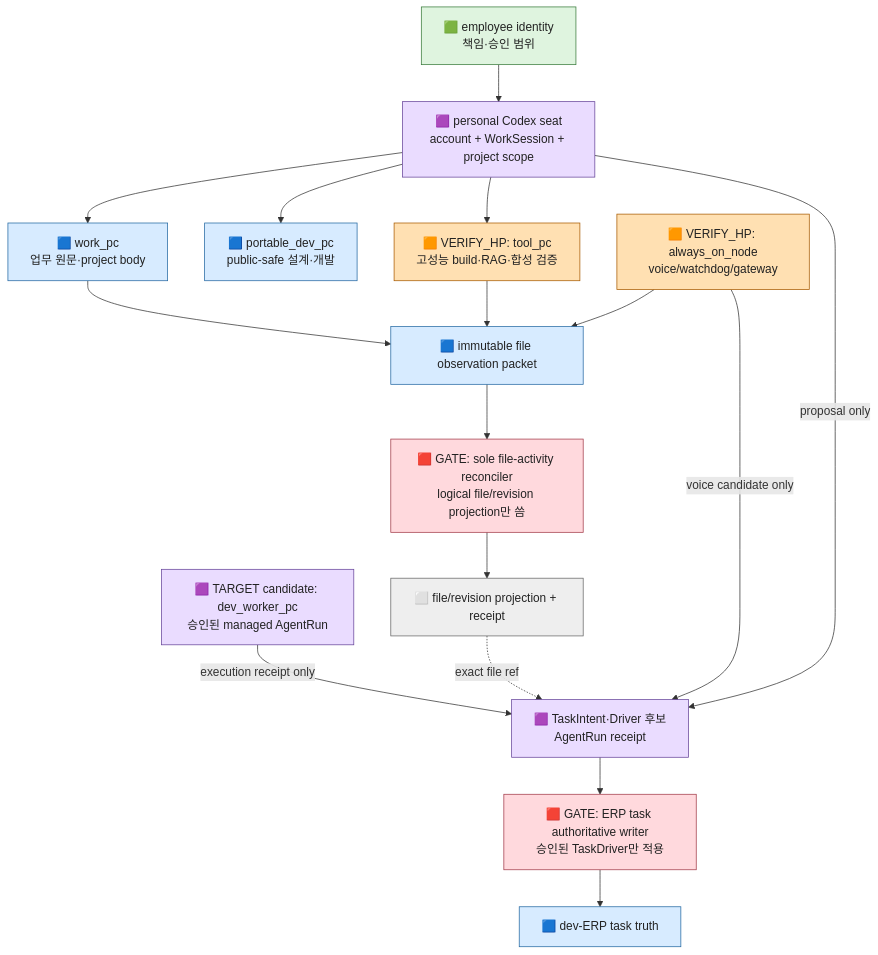
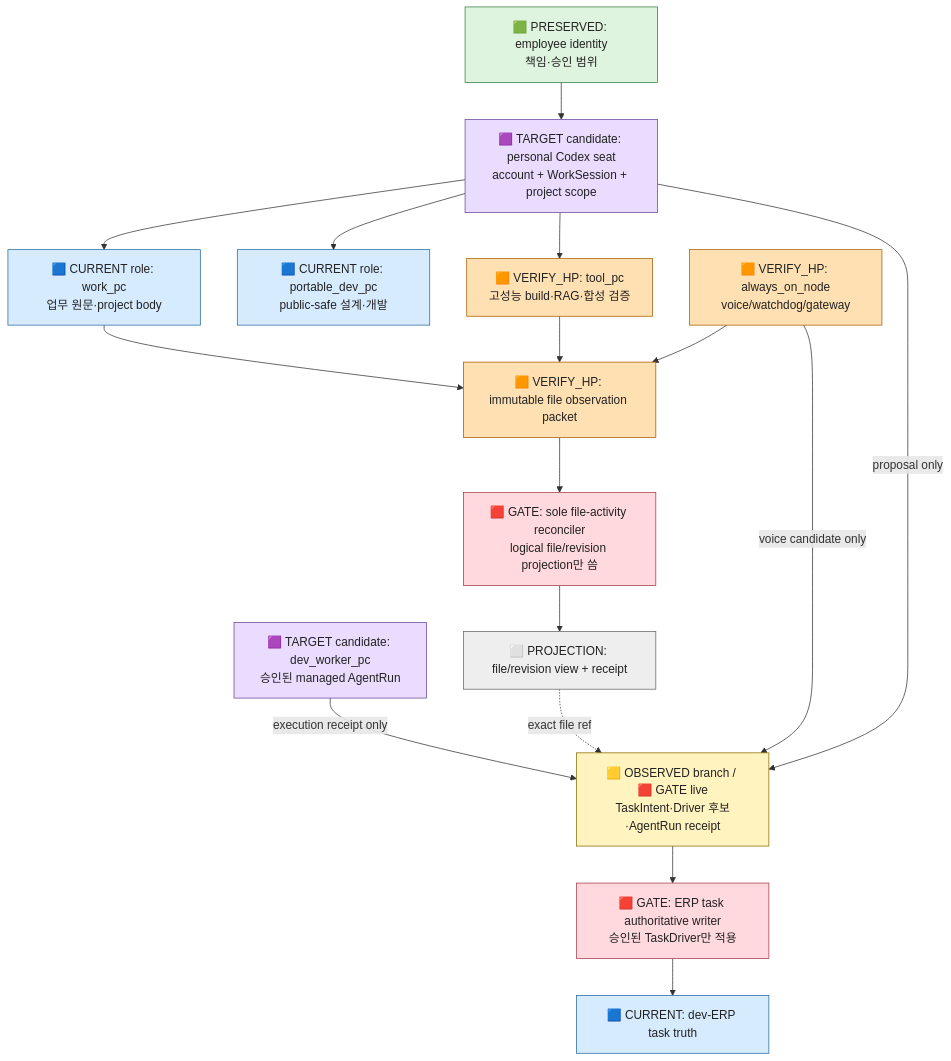
The eighth of 11 diagrams in ui-workspace/apps/dev-erp/docs/AX_WORKSPACE_TASK_ENGINE_INTEGRATED_VALIDATION_PLAN_V0.md (SungYongMOON/soulforge), drawn with Mermaid before and after one commit. The commit also changed other lines of this file, not shown here.

Commit message:
docs: 할일 엔진 저장 구조와 전체 개발 지도를 보강 (codex_gpt-5)

````diff
--- a/ui-workspace/apps/dev-erp/docs/AX_WORKSPACE_TASK_ENGINE_INTEGRATED_VALIDATION_PLAN_V0.md
+++ b/ui-workspace/apps/dev-erp/docs/AX_WORKSPACE_TASK_ENGINE_INTEGRATED_VALIDATION_PLAN_V0.md
@@ -688,45 +991,47 @@
 ```mermaid
 flowchart TB
-  PERSON["🟩 employee identity<br/>책임·승인 범위"]
-  SEAT["🟪 personal Codex seat<br/>account + WorkSession + project scope"]
-  WORK["🟦 work_pc<br/>업무 원문·project body"]
-  PORT["🟦 portable_dev_pc<br/>public-safe 설계·개발"]
+  PERSON["🟩 PRESERVED: employee identity<br/>책임·승인 범위"]
+  SEAT["🟪 TARGET candidate: personal Codex seat<br/>account + WorkSession + project scope"]
+  WORK["🟦 CURRENT role: work_pc<br/>업무 원문·project body"]
+  PORT["🟦 CURRENT role: portable_dev_pc<br/>public-safe 설계·개발"]
   TOOL["🟧 VERIFY_HP: tool_pc<br/>고성능 build·RAG·합성 검증"]
   NODE["🟧 VERIFY_HP: always_on_node<br/>voice/watchdog/gateway"]
   WORKER["🟪 TARGET candidate: dev_worker_pc<br/>승인된 managed AgentRun"]
-  FPKT["🟦 immutable file observation packet"]
+  FPKT["🟧 VERIFY_HP: immutable file observation packet"]
   FREC["🟥 GATE: sole file-activity reconciler<br/>logical file/revision projection만 씀"]
-  FVIEW["⬜ file/revision projection + receipt"]
-  CAND["🟪 TaskIntent·Driver 후보<br/>AgentRun receipt"]
+  FVIEW["⬜ PROJECTION: file/revision view + receipt"]
+  CAND["🟨 OBSERVED branch / 🟥 GATE live<br/>TaskIntent·Driver 후보·AgentRun receipt"]
   TWR["🟥 GATE: ERP task authoritative writer<br/>승인된 TaskDriver만 적용"]
-  ERP["🟦 dev-ERP task truth"]
+  ERP["🟦 CURRENT: dev-ERP task truth"]
 
   PERSON --> SEAT
   SEAT --> WORK
   SEAT --> PORT
   SEAT --> TOOL
   WORK --> FPKT
   TOOL --> FPKT
   NODE --> FPKT
   FPKT --> FREC
   FREC --> FVIEW
   FVIEW -. exact file ref .-> CAND
   SEAT -->|proposal only| CAND
   NODE -->|voice candidate only| CAND
   WORKER -->|execution receipt only| CAND
   CAND --> TWR
   TWR --> ERP
 
   classDef current fill:#d7ebff,stroke:#2468a2,color:#222
+  classDef observed fill:#fff3bf,stroke:#8a6d00,color:#222
   classDef target fill:#eadcff,stroke:#67459a,color:#222
   classDef verify fill:#ffe0b2,stroke:#a85b00,color:#222
   classDef gate fill:#ffd9dd,stroke:#a23b49,color:#222
   classDef kept fill:#dff4df,stroke:#397a3b,color:#222
   classDef view fill:#eeeeee,stroke:#666,color:#222
   class PERSON kept
-  class WORK,PORT,ERP,FPKT current
-  class SEAT,WORKER,CAND target
-  class TOOL,NODE verify
+  class WORK,PORT,ERP current
+  class CAND observed
+  class SEAT,WORKER target
+  class TOOL,NODE,FPKT verify
   class FREC,TWR gate
   class FVIEW view
 ```
````
